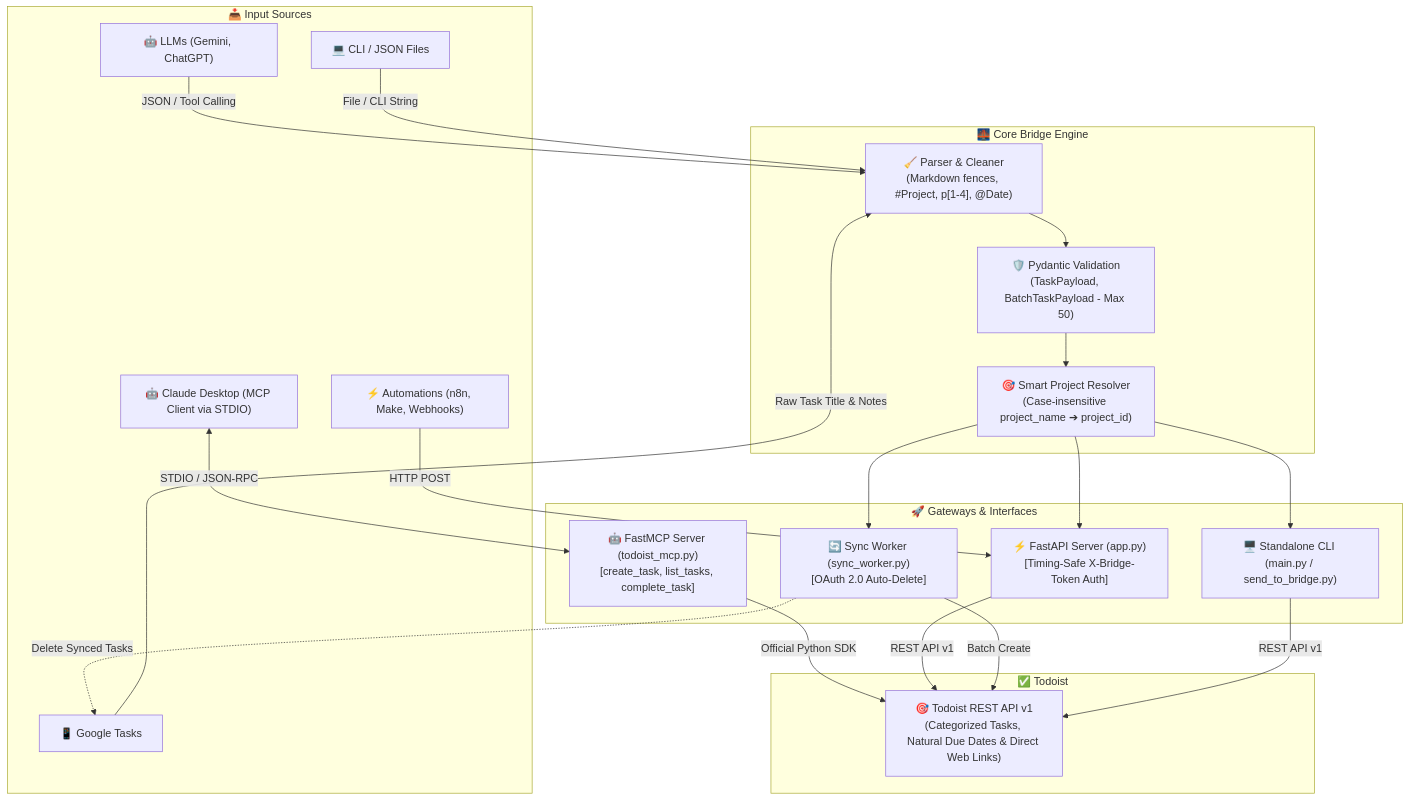
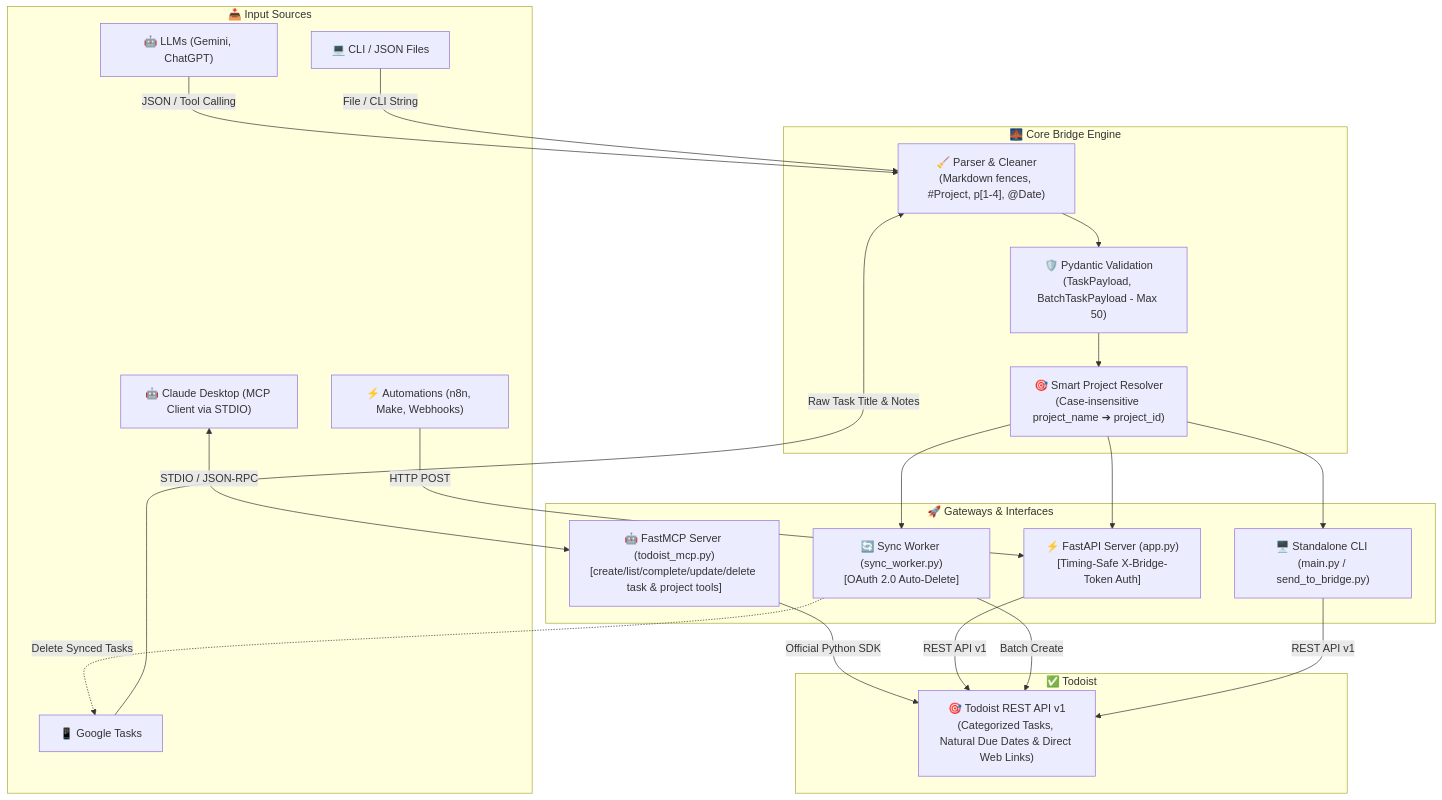
The diagram in README.md (kagankurubas/Todoist-Gemini-Bridge), drawn with Mermaid before and after one commit. The commit also changed other lines of this file and 2 other files, not shown here.

Commit message:
feat(mcp): add project and task management tools with comprehensive test suite

````diff
--- a/README.md
+++ b/README.md
@@ -30,45 +30,45 @@
 ```mermaid
 flowchart TD
     subgraph Sources["📥 Input Sources"]
         A1["🤖 Claude Desktop (MCP Client via STDIO)"]
         A2["🤖 LLMs (Gemini, ChatGPT)"]
         A3["📱 Google Tasks"]
         A4["⚡ Automations (n8n, Make, Webhooks)"]
         A5["💻 CLI / JSON Files"]
     end
 
     subgraph CoreBridge["🌉 Core Bridge Engine"]
         B1["🧹 Parser & Cleaner\n(Markdown fences, #Project, p[1-4], @Date)"]
         B2["🛡️ Pydantic Validation\n(TaskPayload, BatchTaskPayload - Max 50)"]
         B3["🎯 Smart Project Resolver\n(Case-insensitive project_name ➔ project_id)"]
     end
 
     subgraph Gateways["🚀 Gateways & Interfaces"]
-        C1["🤖 FastMCP Server (todoist_mcp.py)\n[create_task, list_tasks, complete_task]"]
+        C1["🤖 FastMCP Server (todoist_mcp.py)\n[create/list/complete/update/delete task & project tools]"]
         C2["⚡ FastAPI Server (app.py)\n[Timing-Safe X-Bridge-Token Auth]"]
         C3["🔄 Sync Worker (sync_worker.py)\n[OAuth 2.0 Auto-Delete]"]
         C4["🖥️ Standalone CLI (main.py / send_to_bridge.py)"]
     end
 
     subgraph Todoist["✅ Todoist"]
         D["🎯 Todoist REST API v1\n(Categorized Tasks, Natural Due Dates & Direct Web Links)"]
     end
 
     A1 <-->|STDIO / JSON-RPC| C1
     A2 -->|JSON / Tool Calling| B1
     A3 -->|Raw Task Title & Notes| B1
     A4 -->|HTTP POST| C2
     A5 -->|File / CLI String| B1
 
     B1 --> B2
     B2 --> B3
     B3 --> C2
     B3 --> C3
     B3 --> C4
 
     C1 -->|Official Python SDK| D
     C2 -->|REST API v1| D
     C3 -->|Batch Create| D
     C3 -.->|Delete Synced Tasks| A3
     C4 -->|REST API v1| D
 ```
````
